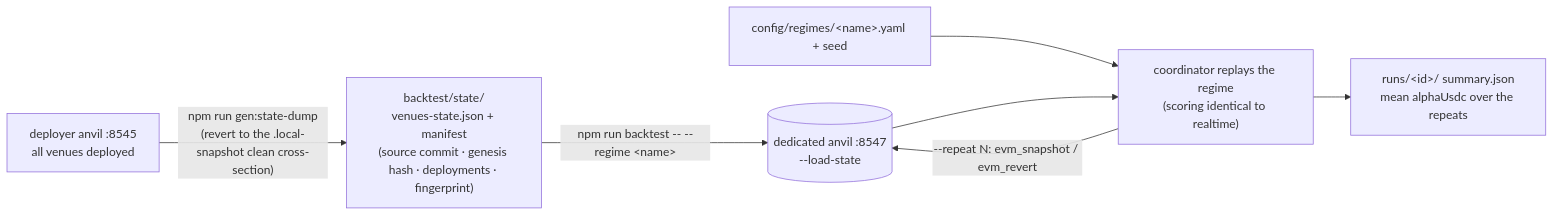
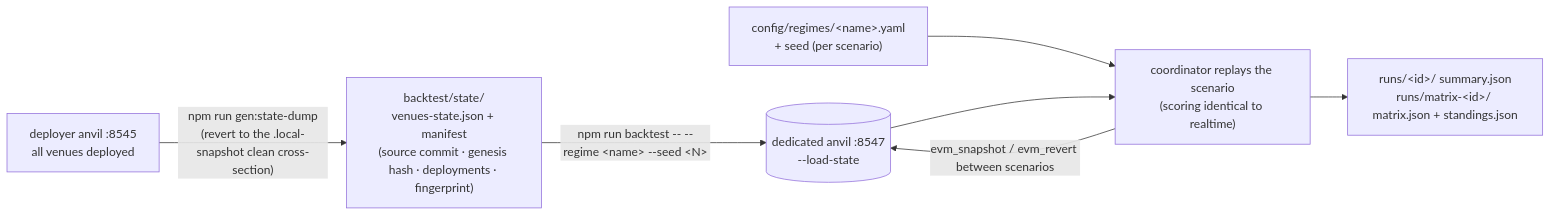
One commit to NyxFoundation/eris-agent-simulator changed the diagram in docs/guide/backtest.md. Above: the diagram before and after it, drawn with Mermaid. The commit also changed other lines of this file and 33 other files, not shown here.

First line of the commit message:
feat(backtest): scenario-matrix evaluation (ADR 0017) and three new regimes

````diff
--- a/docs/guide/backtest.md
+++ b/docs/guide/backtest.md
@@ -14,9 +18,9 @@
 ```mermaid
 flowchart LR
   DEP["deployer anvil :8545<br/>all venues deployed"] -->|"npm run gen:state-dump<br/>(revert to the .local-snapshot clean cross-section)"| STATE["backtest/state/<br/>venues-state.json + manifest<br/>(source commit · genesis hash · deployments · fingerprint)"]
-  REGIME["config/regimes/&lt;name&gt;.yaml + seed"] --> RUN
-  STATE -->|"npm run backtest -- --regime &lt;name&gt;"| BT[("dedicated anvil :8547<br/>--load-state")]
-  BT --> RUN["coordinator replays the regime<br/>(scoring identical to realtime)"]
-  RUN -->|"--repeat N: evm_snapshot / evm_revert"| BT
-  RUN --> OUT["runs/&lt;id&gt;/ summary.json<br/>mean alphaUsdc over the repeats"]
+  REGIME["config/regimes/&lt;name&gt;.yaml<br/>+ seed (per scenario)"] --> RUN
+  STATE -->|"npm run backtest -- --regime &lt;name&gt; --seed &lt;N&gt;"| BT[("dedicated anvil :8547<br/>--load-state")]
+  BT --> RUN["coordinator replays the scenario<br/>(scoring identical to realtime)"]
+  RUN -->|"evm_snapshot / evm_revert between scenarios"| BT
+  RUN --> OUT["runs/&lt;id&gt;/ summary.json<br/>runs/matrix-&lt;id&gt;/ matrix.json + standings.json"]
 ```
````
